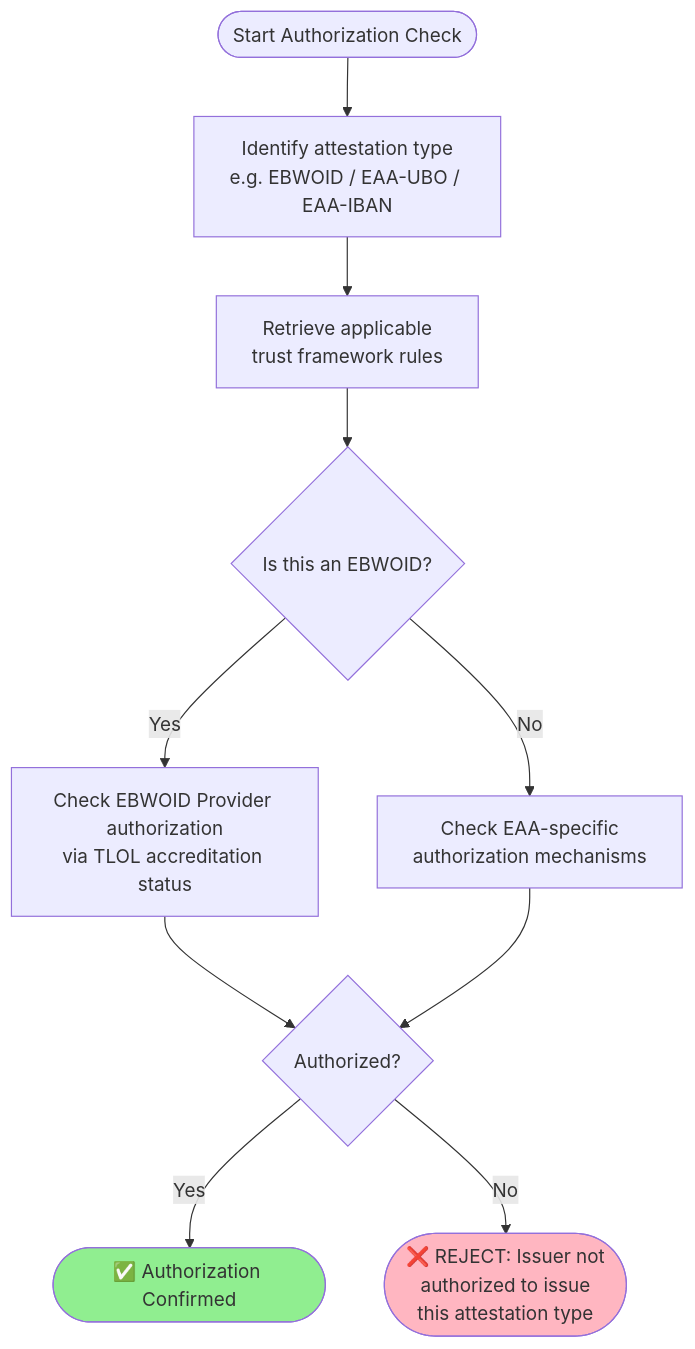
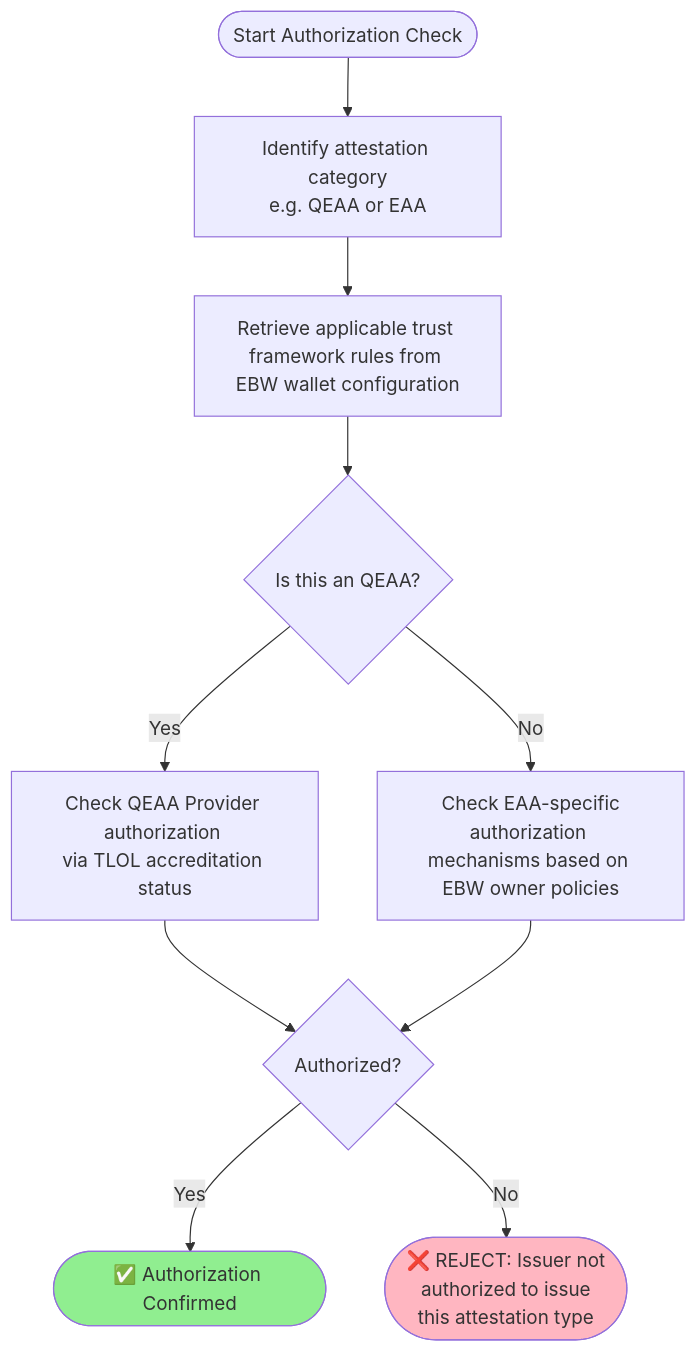
The third of 6 diagrams in rulebooks/rb-base/verifier-base-verification.md (webuild-consortium/webuild-attestation-rulebooks-catalog), drawn with Mermaid before and after one commit. The commit also changed other lines of this file, not shown here.

````diff
--- a/rulebooks/rb-base/verifier-base-verification.md
+++ b/rulebooks/rb-base/verifier-base-verification.md
@@ -193,15 +201,15 @@
 ```mermaid
 flowchart TD
-A([Start Authorization Check]) --> B[Identify attestation type\ne.g. EBWOID / EAA-UBO / EAA-IBAN]
-B --> C[Retrieve applicable\ntrust framework rules]
-C --> D{Is this an EBWOID?}
-D -- Yes --> E[Check EBWOID Provider authorization\nvia TLOL accreditation status]
-D -- No --> F[Check EAA-specific\nauthorization mechanisms]
+A([Start Authorization Check]) --> B[Identify attestation category\ne.g. QEAA or EAA]
+B --> C[Retrieve applicable trust framework rules from EBW wallet configuration]
+C --> D{Is this an QEAA?}
+D -- Yes --> E[Check QEAA Provider authorization \nvia TLOL accreditation status]
+D -- No --> F[Check EAA-specific\nauthorization mechanisms based on EBW owner policies]
 E --> G{Authorized?}
 F --> G
 G -- Yes --> H([✅ Authorization Confirmed])
 G -- No --> I([❌ REJECT: Issuer not\nauthorized to issue\nthis attestation type])
 
     style H fill:#90EE90
     style I fill:#FFB6C1
 ```
````
